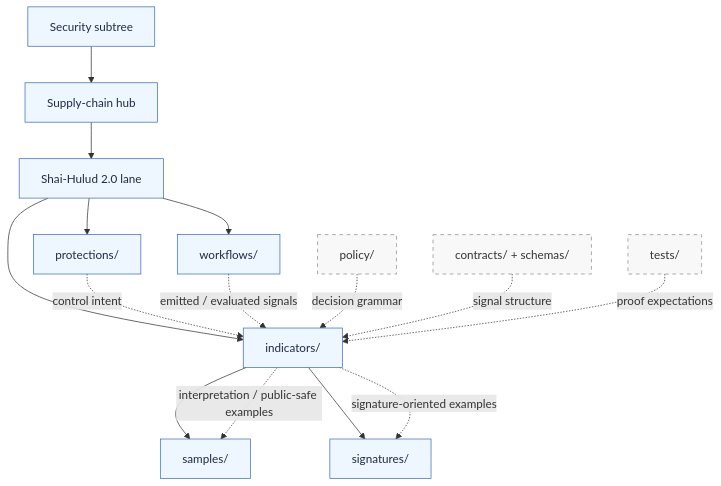
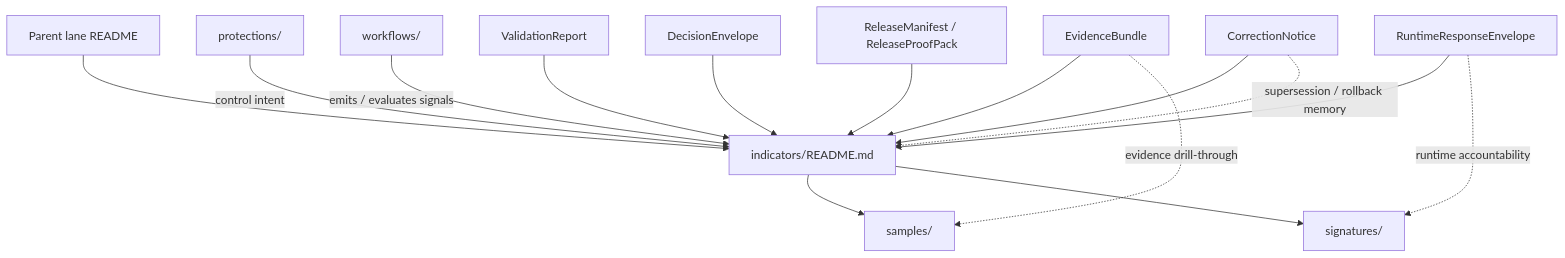
One commit to bartytime4life/Kansas-Frontier-Matrix changed the diagram in docs/security/supply-chain/shai-hulud-2.0/indicators/README.md. Above: the diagram before and after it, drawn with Mermaid. The commit also changed other lines of this file, not shown here.

First line of the commit message:
Revise README for Shai-Hulud 2.0 Indicators

````diff
--- a/docs/security/supply-chain/shai-hulud-2.0/indicators/README.md
+++ b/docs/security/supply-chain/shai-hulud-2.0/indicators/README.md
@@ -174,27 +188,21 @@
 ```mermaid
 flowchart TD
-    A[Security subtree] --> B[Supply-chain hub]
-    B --> C[Shai-Hulud 2.0 lane]
+    A[Parent lane README] --> B[indicators/README.md]
 
-    C --> D[protections/]
-    C --> E[workflows/]
-    C --> F[indicators/]
+    C[protections/] -->|control intent| B
+    D[workflows/] -->|emits / evaluates signals| B
 
-    F --> G[samples/]
-    F --> H[signatures/]
+    E[ValidationReport] --> B
+    F[DecisionEnvelope] --> B
+    G[ReleaseManifest / ReleaseProofPack] --> B
+    H[EvidenceBundle] --> B
+    I[RuntimeResponseEnvelope] --> B
+    J[CorrectionNotice] --> B
 
-    D -. control intent .-> F
-    E -. emitted / evaluated signals .-> F
-    F -. interpretation / public-safe examples .-> G
-    F -. signature-oriented examples .-> H
+    B --> K[samples/]
+    B --> L[signatures/]
 
-    I[policy/] -. decision grammar .-> F
-    J[contracts/ + schemas/] -. signal structure .-> F
-    K[tests/] -. proof expectations .-> F
-
-    classDef solid fill:#eef6ff,stroke:#3f6fb6,color:#1f2a44;
-    classDef dotted fill:#f8f8f8,stroke:#8d8d8d,color:#333,stroke-dasharray: 5 5;
-
-    class A,B,C,D,E,F,G,H solid
-    class I,J,K dotted
+    H -. evidence drill-through .-> K
+    I -. runtime accountability .-> L
+    J -. supersession / rollback memory .-> B
 ```
````
